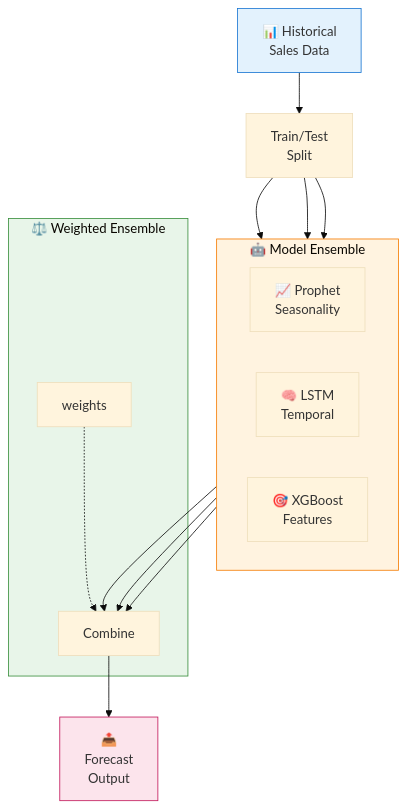
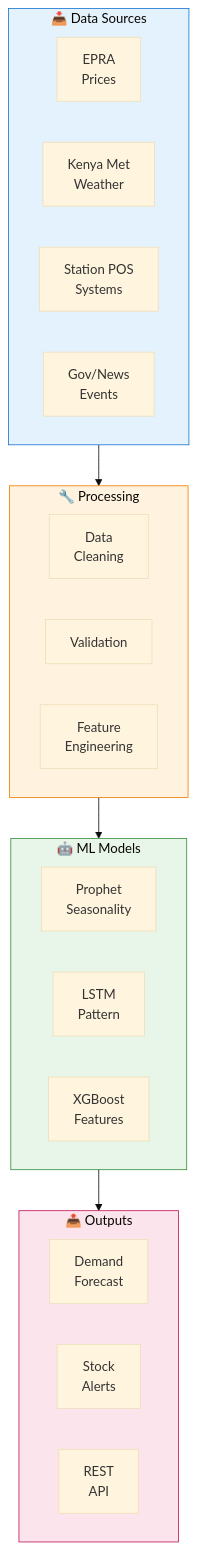
The third of 6 diagrams in docs/architecture.md (project-merlin-00/cysmic-fuel-forecasting), drawn with Mermaid before and after one commit. The commit also changed other lines of this file, not shown here.

First line of the commit message:
Update with Kenya O&G retail specific diagrams

````diff
--- a/docs/architecture.md
+++ b/docs/architecture.md
@@ -83,33 +96,40 @@
 ```mermaid
 %%{init: {'theme': 'base'}}%%
 flowchart TB
-    Input[📊 Historical<br/>Sales Data] --> Split[Train/Test<br/>Split]
-    
-    subgraph Models["🤖 Model Ensemble"]
+    subgraph Sources["📥 Data Sources"]
         direction LR
-        Prophet[📈 Prophet<br/>Seasonality]
-        LSTM[🧠 LSTM<br/>Temporal]
-        XGB[🎯 XGBoost<br/>Features]
+        EPRA[EPRA<br/>Prices]
+        Met[Kenya Met<br/>Weather]
+        POS[Station POS<br/>Systems]
+        Events[Gov/News<br/>Events]
     end
     
-    Split --> Prophet
-    Split --> LSTM
-    Split --> XGB
-    
-    subgraph Ensemble["⚖️ Weighted Ensemble"]
-        Weights[ weights]
-        Combine[Combine]
+    subgraph Processing["🔧 Processing"]
+        Clean[Data<br/>Cleaning]
+        Validate[Validation]
+        Feature[Feature<br/>Engineering]
     end
     
-    Prophet --> Combine
-    LSTM --> Combine
-    XGB --> Combine
-    Weights -.-> Combine
+    subgraph Models["🤖 ML Models"]
+        direction LR
+        Prophet[Prophet<br/>Seasonality]
+        LSTM[LSTM<br/>Pattern]
+        XGB[XGBoost<br/>Features]
+    end
     
-    Combine --> Output[📤<br/>Forecast<br/>Output]
+    subgraph Output["📤 Outputs"]
+        direction LR
+        Forecast[Demand<br/>Forecast]
+        Alerts[Stock<br/>Alerts]
+        API[REST<br/>API]
+    end
     
-    style Input fill:#e3f2fd,stroke:#1976d2
-    style Models fill:#fff3e0,stroke:#f57c00
-    style Ensemble fill:#e8f5e9,stroke:#388e3c
+    Sources --> Processing
+    Processing --> Models
+    Models --> Output
+    
+    style Sources fill:#e3f2fd,stroke:#1976d2
+    style Processing fill:#fff3e0,stroke:#f57c00
+    style Models fill:#e8f5e9,stroke:#388e3c
     style Output fill:#fce4ec,stroke:#c2185b
 ```
````
